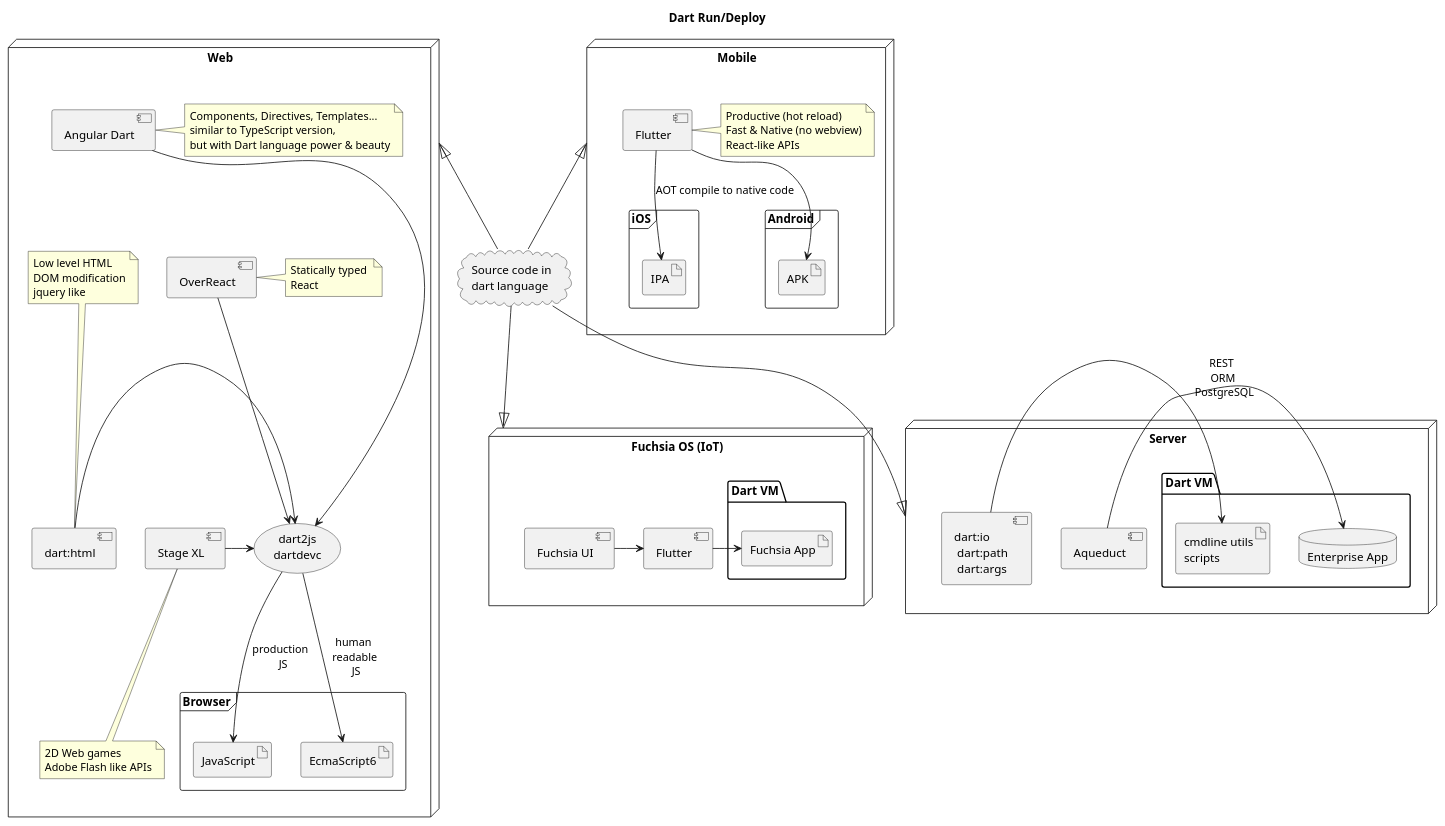
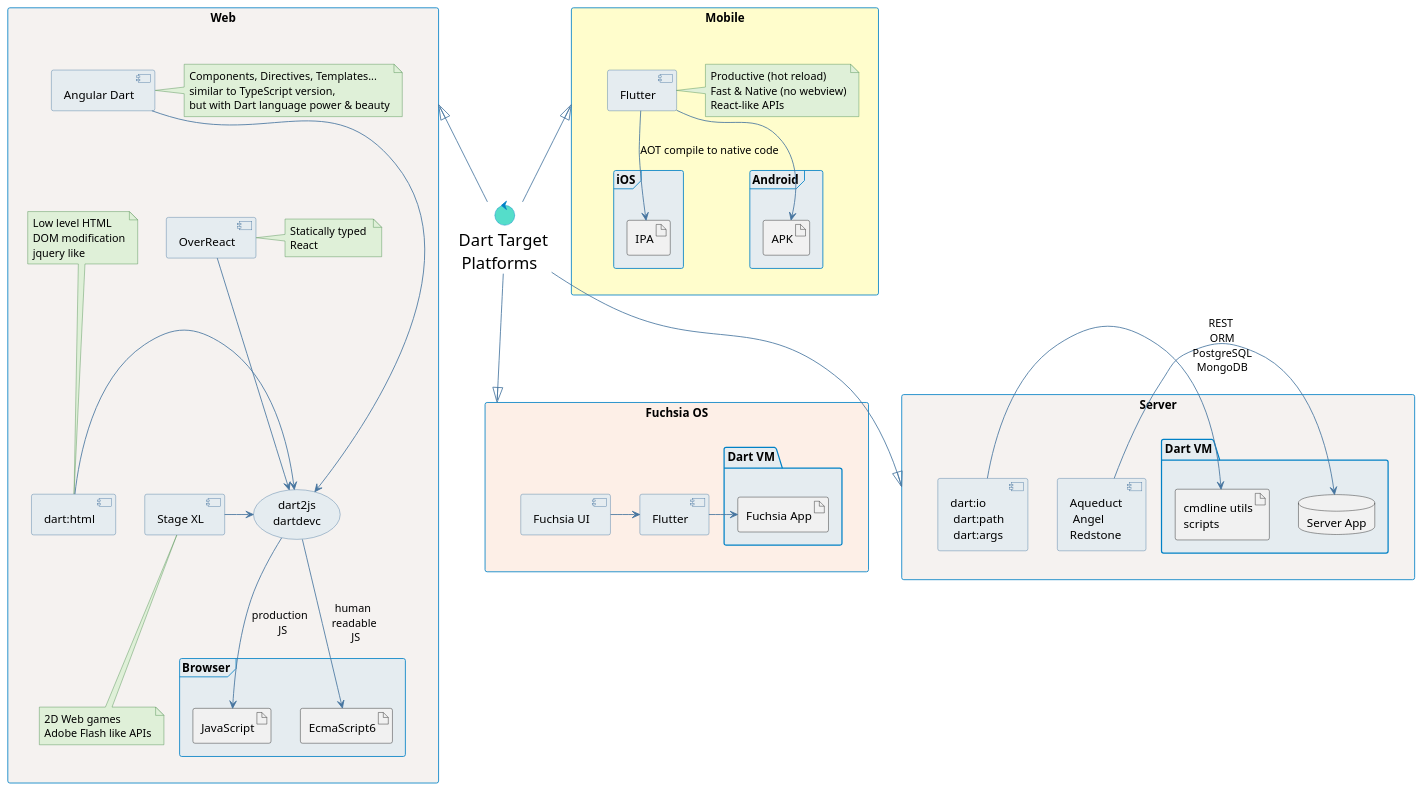
One commit to dafesimonek/dart-platform-diagrams changed the diagram in run-and-deploy.puml. Above: the diagram before and after it, drawn with PlantUML. The commit also changed 1 other file, not shown here.

Commit message:
added language features diagram and skinning to darty colors

```diff
--- a/run-and-deploy.puml
+++ b/run-and-deploy.puml
@@ -1,109 +1,133 @@
 @startuml
 
-title Dart Run/Deploy
+skinparam {
 
-cloud "Source code in \ndart language" as source
+    shadowing false
+    arrowColor #46749F
+
+    RectangleBorderColor #CCCCCC
+    RectangleBackgroundColor #F5F2F0
+
+    ComponentBorderColor #46749F
+    ComponentBackgroundColor #E5ECF0
+
+    UsecaseBorderColor #46749F
+    UsecaseBackgroundColor #E5ECF0
+
+    ControlBorderColor #0081C6
+    ControlBackgroundColor #55DDCA
+
+    frameBorderColor #0081C6
+    packageBorderColor #0081C6
+
+    noteBorderColor #468847
+    noteBackgroundColor #DFF0D8
+}
 
 
-node "Web" as web {
+control "<size:20>Dart Target</size> \n <size:20>Platforms</size>" as source
+
+
+rectangle "Web" as web {
 
     usecase dart2js [
         dart2js
         dartdevc
     ]
 
     [Angular Dart] as angular [[https://webdev.dartlang.org/angular]]
     note right of angular
         Components, Directives, Templates...
         similar to TypeScript version,
         but with Dart language power & beauty
     end note
     angular ---> dart2js
 
     [OverReact] as overReact [[https://pub.dartlang.org/packages/over_react]]
     note right of overReact: Statically typed \nReact
     overReact --> dart2js
 
     [dart:html] as dartHtml [[https://webdev.dartlang.org/guides/web-programming#low-level-html]]
     note top of dartHtml
         Low level HTML
         DOM modification
         jquery like
     end note
     dartHtml -> dart2js
 
     [Stage XL] as stageXL [[http://www.stagexl.org/]]
     note bottom of stageXL
         2D Web games
         Adobe Flash like APIs
     end note
     stageXL -> dart2js
 
-    frame Browser {
+    frame Browser #E5ECF0 {
         artifact JavaScript
         artifact EcmaScript6
     }
 
     dart2js --> JavaScript: production \n JS
     dart2js --> EcmaScript6: human \n readable \n JS
 }
 
-node "Mobile" as mobile {
+rectangle "Mobile" as mobile #FFFDCC {
     [Flutter] as flutter [[https://flutter.io]]
     note right of flutter
         Productive (hot reload)
         Fast & Native (no webview)
         React-like APIs
     end note
 
-    frame iOS {
+    frame iOS #E5ECF0 {
         artifact IPA
     }
 
-    frame Android {
+    frame Android #E5ECF0 {
         artifact APK
     }
 
     flutter --> IPA: AOT compile to native code
     flutter --> APK
 }
 
-node "Fuchsia OS (IoT)" as fuchsia {
+rectangle "Fuchsia OS" as fuchsia #FDEFE7 {
     [Fuchsia UI] as fuchsiaUI [[https://fuchsia.googlesource.com/docs/+/master/book.md]]
 
     [Flutter] as fuchsiaFlutter
 
-    package "Dart VM" as fuchsiaVM {
+    package "Dart VM" as fuchsiaVM #E5ECF0 {
         artifact fuchsiaApp [
             Fuchsia App
         ]
     }
 
     fuchsiaUI -> fuchsiaFlutter
     fuchsiaFlutter -> fuchsiaApp
 
 }
 
-node "Server" as server {
-    [Aqueduct] as aqueduct [[https://aqueduct.io/]]
+rectangle "Server" as server {
+    [Aqueduct \n Angel \nRedstone] as aqueduct [[https://aqueduct.io/]]
+
     [dart:io \n dart:path \n dart:args] as cmdlinePackages [[https://www.dartlang.org/tutorials/dart-vm/cmdline]]
 
-    package "Dart VM" {
+    package "Dart VM" #E5ECF0 {
         artifact cmdline [
             cmdline utils
             scripts
         ]
-        database "Enterprise App" as enterprise
+        database "Server App" as enterprise
     }
 
-    aqueduct -> enterprise: REST \n ORM \n PostgreSQL
+    aqueduct -> enterprise: REST \n ORM \n PostgreSQL \nMongoDB
     cmdlinePackages -> cmdline
 }
 
 
 source -up-|> mobile
 source -up-|> web
 source -down-|> fuchsia
 source -down-|> server
 
 @enduml
```
